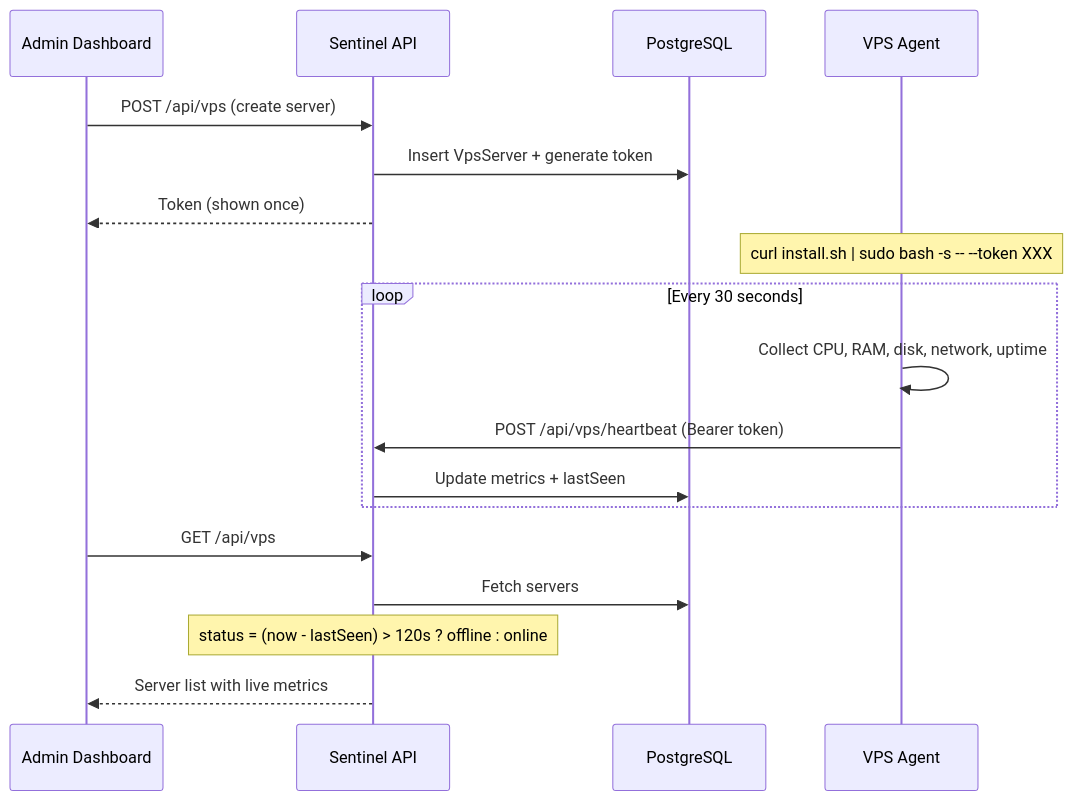
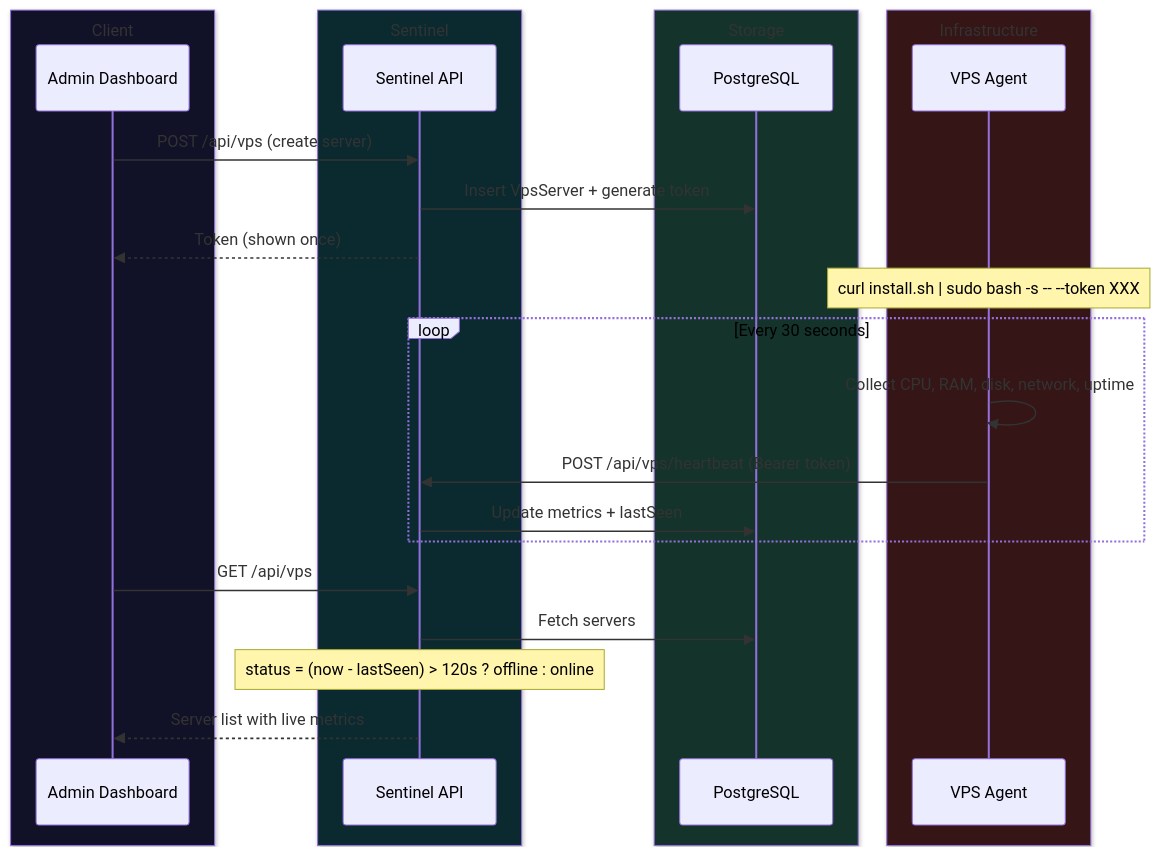
One commit to zxcvresque/Pzp-Sentinel changed the third of 4 diagrams in README.md. Above: the diagram before and after it, drawn with Mermaid. The commit also changed other lines of this file, not shown here.

First line of the commit message:
docs: add color styling to all Mermaid diagrams in README

````diff
--- a/README.md
+++ b/README.md
@@ -96,24 +125,32 @@
 ```mermaid
 sequenceDiagram
-  participant Admin as Admin Dashboard
-  participant API as Sentinel API
-  participant DB as PostgreSQL
-  participant Agent as VPS Agent
+  box rgb(17, 17, 40) Client
+    participant Admin as Admin Dashboard
+  end
+  box rgb(10, 42, 48) Sentinel
+    participant API as Sentinel API
+  end
+  box rgb(20, 51, 42) Storage
+    participant DB as PostgreSQL
+  end
+  box rgb(53, 21, 21) Infrastructure
+    participant Agent as VPS Agent
+  end
 
   Admin->>API: POST /api/vps (create server)
   API->>DB: Insert VpsServer + generate token
   API-->>Admin: Token (shown once)
 
   Note over Agent: curl install.sh | sudo bash -s -- --token XXX
 
   loop Every 30 seconds
     Agent->>Agent: Collect CPU, RAM, disk, network, uptime
     Agent->>API: POST /api/vps/heartbeat (Bearer token)
     API->>DB: Update metrics + lastSeen
   end
 
   Admin->>API: GET /api/vps
   API->>DB: Fetch servers
   Note over API: status = (now - lastSeen) > 120s ? offline : online
   API-->>Admin: Server list with live metrics
 ```
````
